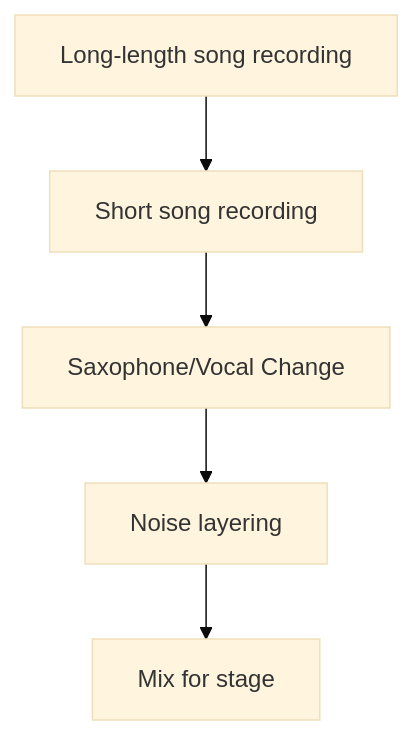
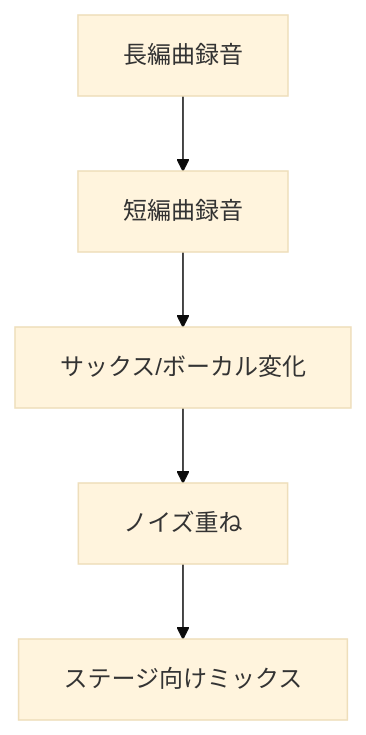
One commit to monumental-movement/monumental-movement.github.io changed the tenth of 18 diagrams in en/_posts/2025-11-22-column-butthole-surfers.md. Above: the diagram before and after it, drawn with Mermaid (base theme). The commit also changed other lines of this file and 2196 other files, not shown here.

```diff
--- a/en/_posts/2025-11-22-column-butthole-surfers.md
+++ b/en/_posts/2025-11-22-column-butthole-surfers.md
@@ -259,7 +258,7 @@
 <div class="mermaid">
 flowchart TD
-    A["Long-length song recording"] --> B["Short song recording"]
-    B --> C["Saxophone/Vocal Change"]
-    C --> D["Noise layering"]
-    D --> E["Mix for stage"]
+    A["長編曲録音"] --> B["短編曲録音"]
+    B --> C["サックス/ボーカル変化"]
+    C --> D["ノイズ重ね"]
+    D --> E["ステージ向けミックス"]
 </div>
```
